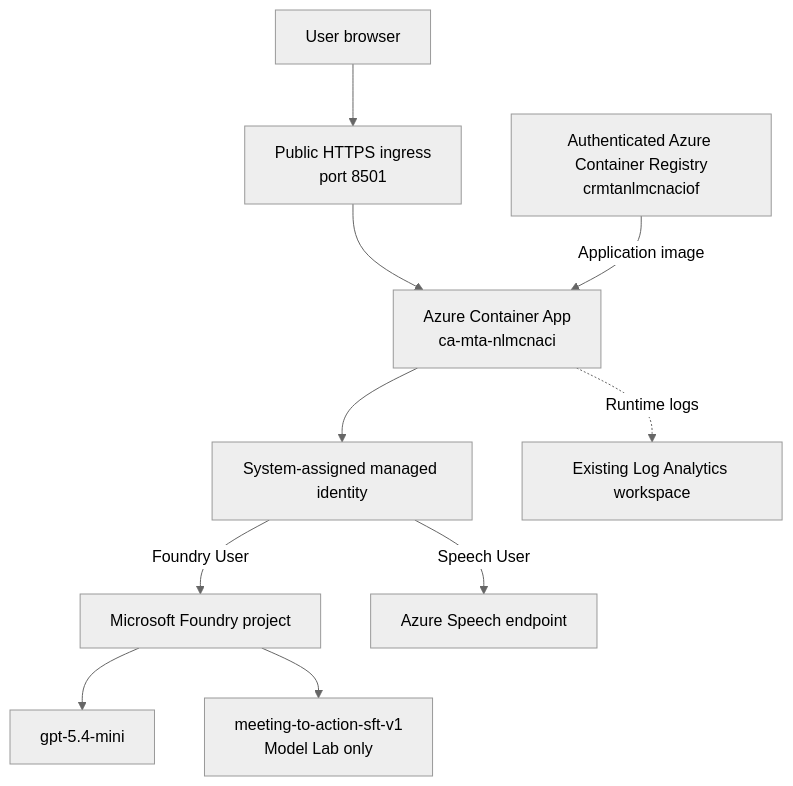
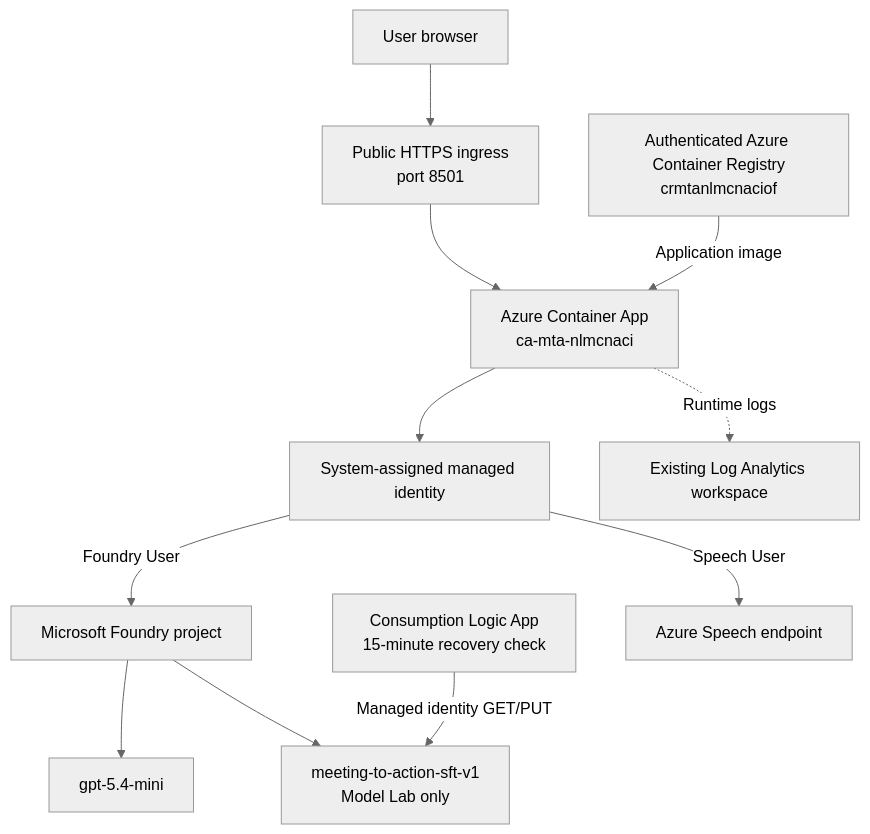
One commit to DeeptiNadkarni/meetingtoactionagent changed the sixth of 6 diagrams in SYSTEM_DESIGN.md. Above: the diagram before and after it, drawn with Mermaid (neutral theme). The commit also changed other lines of this file and 6 other files, not shown here.

````diff
--- a/SYSTEM_DESIGN.md
+++ b/SYSTEM_DESIGN.md
@@ -542,22 +551,24 @@
 ```mermaid
 flowchart TB
         Browser[User browser]
         Ingress[Public HTTPS ingress\nport 8501]
         Streamlit[Azure Container App\nca-mta-nlmcnaci]
         Identity[System-assigned managed identity]
         ACR[Authenticated Azure Container Registry\ncrmtanlmcnaciof]
     FoundryProject[Microsoft Foundry project]
     Generation[gpt-5.4-mini]
     Trained[meeting-to-action-sft-v1\nModel Lab only]
+    Recovery[Consumption Logic App\n15-minute recovery check]
     Speech[Azure Speech endpoint]
         Logs[Existing Log Analytics workspace]
 
         Browser --> Ingress --> Streamlit
         ACR -->|Application image| Streamlit
         Streamlit --> Identity
         Identity -->|Foundry User| FoundryProject
     FoundryProject --> Generation
     FoundryProject --> Trained
+    Recovery -->|Managed identity GET/PUT| Trained
         Identity -->|Speech User| Speech
         Streamlit -. Runtime logs .-> Logs
 ```
````
